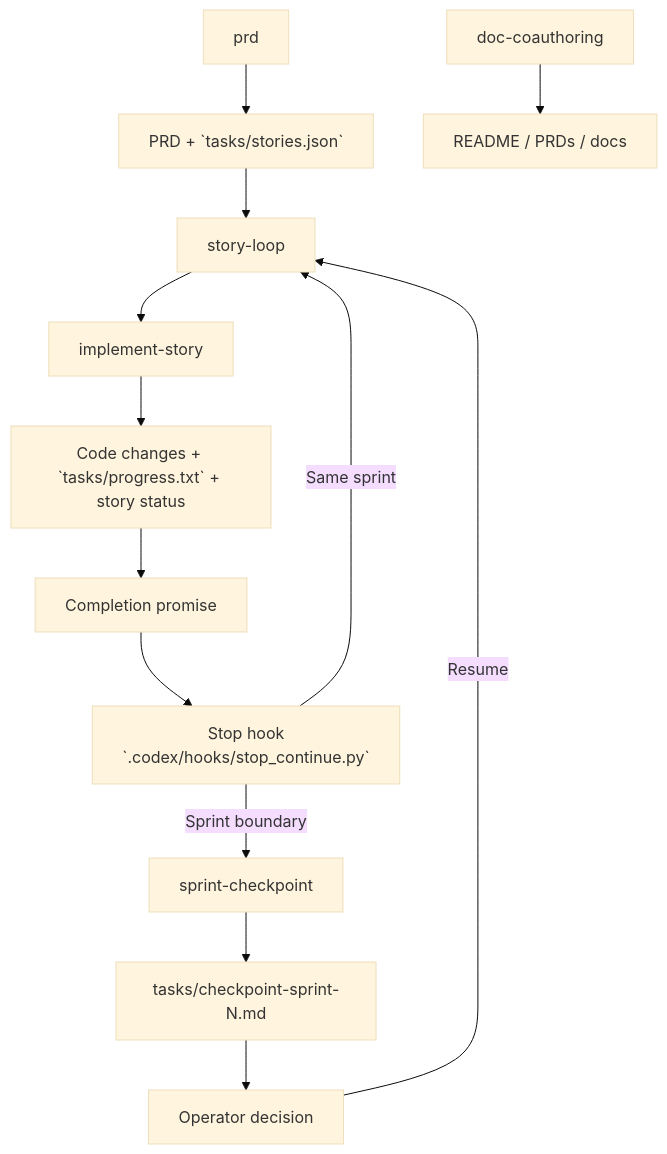
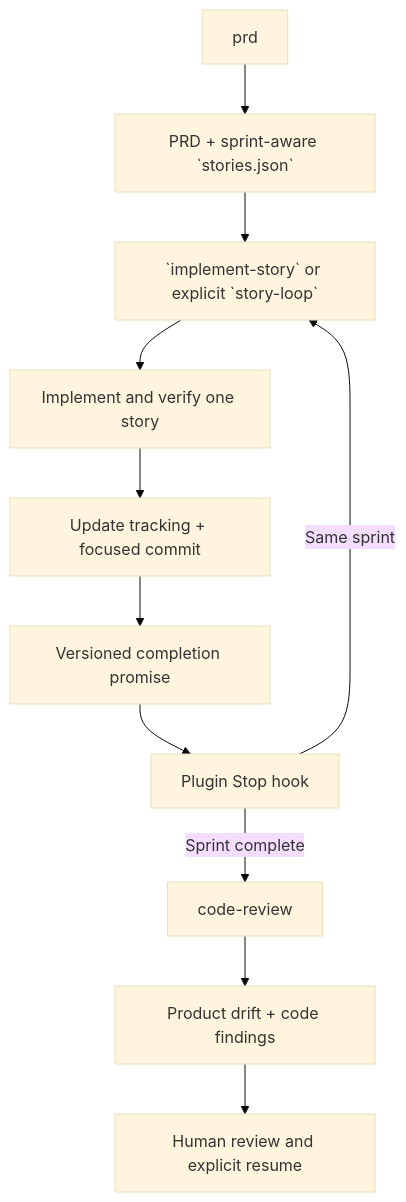
One commit to yogur/ai-dev-toolkit changed the diagram in README.md. Above: the diagram before and after it, drawn with Mermaid (base theme). The commit also changed other lines of this file and 14 other files, not shown here.

Commit message:
Enhance story loop and transform to codex plugin

````diff
--- a/README.md
+++ b/README.md
@@ -25,15 +23,13 @@
 ```mermaid
 flowchart TD
-    A["`prd`"] --> B["PRD + `tasks/stories.json`"]
-    B --> C["`story-loop`"]
-    C --> D["`implement-story`"]
-    D --> E["Code changes + `tasks/progress.txt` + story status"]
-    E --> F["Completion promise"]
-    F --> G["Stop hook<br/>`.codex/hooks/stop_continue.py`"]
-    G -->|Same sprint| C
-    G -->|Sprint boundary| H["`sprint-checkpoint`"]
-    H --> I["`tasks/checkpoint-sprint-N.md`"]
-    I --> J["Operator decision"]
-    J -->|Resume| C
-    K["`doc-coauthoring`"] --> L["README / PRDs / docs"]
+    A["`prd`"] --> B["PRD + sprint-aware `stories.json`"]
+    B --> C[" `implement-story` or explicit `story-loop`"]
+    C --> D["Implement and verify one story"]
+    D --> E["Update tracking + focused commit"]
+    E --> F["Versioned completion promise"]
+    F --> G["Plugin Stop hook"]
+    G -->|"Same sprint"| C
+    G -->|"Sprint complete"| H["`code-review`"]
+    H --> I["Product drift + code findings"]
+    I --> J["Human review and explicit resume"]
 ```
````
